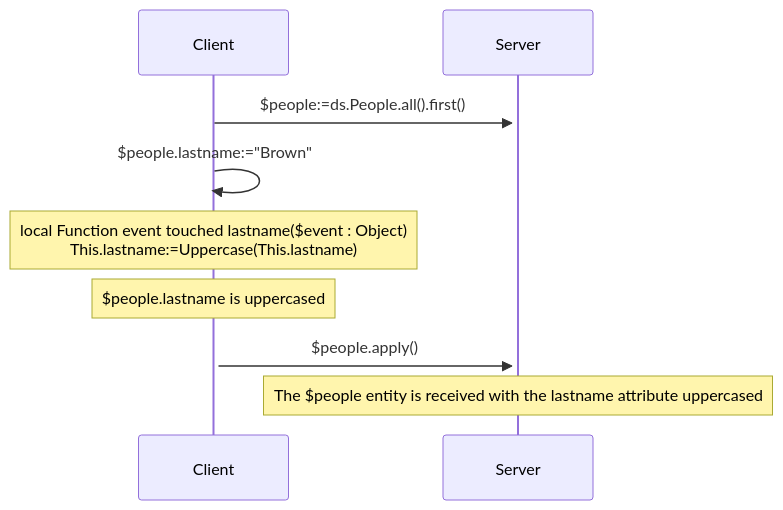
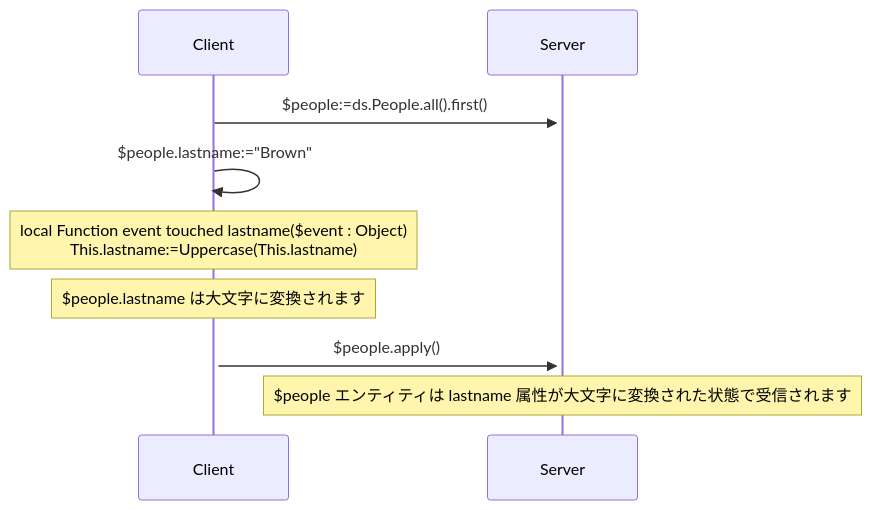
Before and after one commit to 4d/docs: the first of 3 diagrams in i18n/ja/docusaurus-plugin-content-docs/current/ORDA/orda-events.md, drawn with Mermaid. The commit also changed other lines of this file and 731 other files, not shown here.

````diff
--- a/i18n/ja/docusaurus-plugin-content-docs/current/ORDA/orda-events.md
+++ b/i18n/ja/docusaurus-plugin-content-docs/current/ORDA/orda-events.md
@@ -255,16 +255,16 @@
 ```mermaid
 
 sequenceDiagram
 
     Client->>+Server: $people:=ds.People.all().first()
 
     Client->>+Client: $people.lastname:="Brown"
    Note over Client: local Function event touched lastname($event : Object) <br>  This.lastname:=Uppercase(This.lastname)
 
-Note over Client:$people.lastname is uppercased
+Note over Client:$people.lastname は大文字に変換されます
 
     Client->>+Server: $people.apply()
    
-   Note over Server: The $people entity is received with the lastname attribute uppercased
+   Note over Server: $people エンティティは lastname 属性が大文字に変換された状態で受信されます
 
 ```
````
